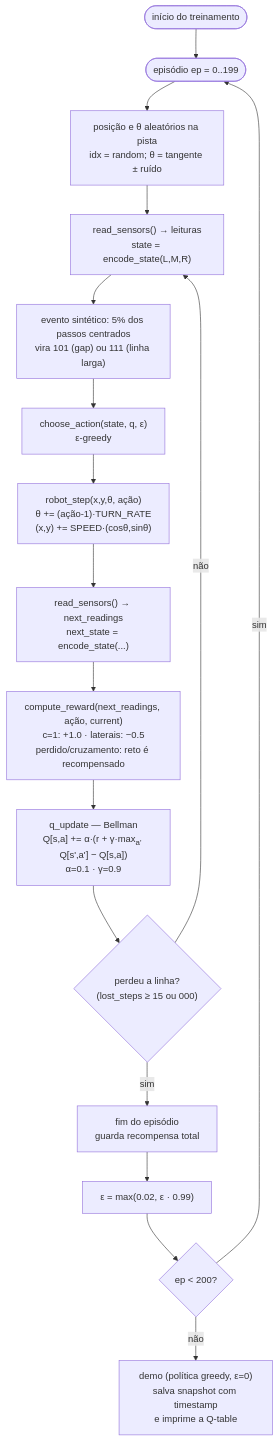
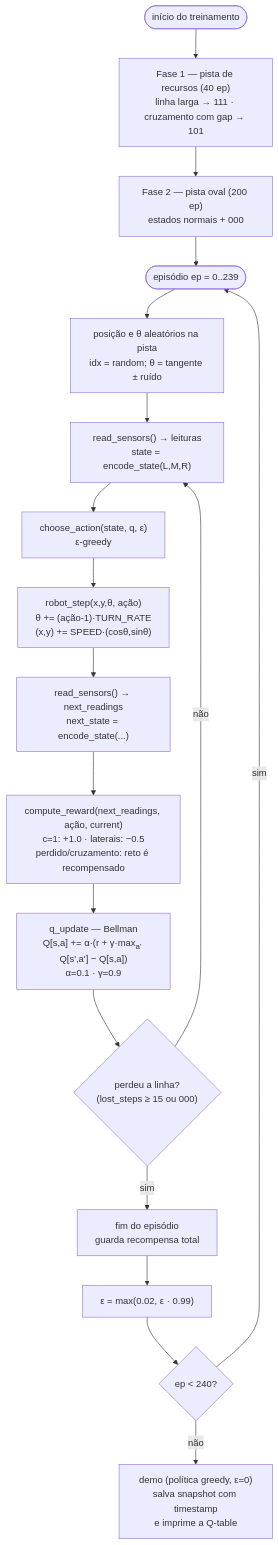
The fourth of 8 diagrams in README.md (PedroZia/enviorment-simulator-python-arduino), drawn with Mermaid before and after one commit. The commit also changed other lines of this file and 28 other files, not shown here.

````diff
--- a/README.md
+++ b/README.md
@@ -92,19 +92,20 @@
 ```mermaid
 flowchart TD
-  S([início do treinamento]) --> EPI(["episódio ep = 0..199"])
+  S([início do treinamento]) --> PH1["Fase 1 — pista de recursos (40 ep)<br/>linha larga → 111 · cruzamento com gap → 101"]
+  PH1 --> PH2["Fase 2 — pista oval (200 ep)<br/>estados normais + 000"]
+  PH2 --> EPI(["episódio ep = 0..239"])
   EPI --> INIT["posição e θ aleatórios na pista<br/>idx = random; θ = tangente ± ruído"]
   INIT --> ST["read_sensors() → leituras<br/>state = encode_state(L,M,R)"]
-  ST --> EV["evento sintético: 5% dos passos centrados<br/>vira 101 (gap) ou 111 (linha larga)"]
-  EV --> CHOOSE["choose_action(state, q, ε)<br/>ε-greedy"]
+  ST --> CHOOSE["choose_action(state, q, ε)<br/>ε-greedy"]
   CHOOSE --> STEP["robot_step(x,y,θ, ação)<br/>θ += (ação-1)·TURN_RATE<br/>(x,y) += SPEED·(cosθ,sinθ)"]
   STEP --> NS["read_sensors() → next_readings<br/>next_state = encode_state(...)"]
   NS --> RW["compute_reward(next_readings, ação, current)<br/>c=1: +1.0 · laterais: −0.5<br/>perdido/cruzamento: reto é recompensado"]
   RW --> QU["q_update — Bellman<br/>Q[s,a] += α·(r + γ·max<sub>a'</sub> Q[s',a'] − Q[s,a])<br/>α=0.1 · γ=0.9"]
   QU --> LOST{"perdeu a linha?<br/>(lost_steps ≥ 15 ou 000)"}
   LOST -->|não| ST
   LOST -->|sim| END["fim do episódio<br/>guarda recompensa total"]
   END --> DECAY["ε = max(0.02, ε · 0.99)"]
-  DECAY --> NX{"ep < 200?"}
+  DECAY --> NX{"ep < 240?"}
   NX -->|sim| EPI
   NX -->|não| DEMO["demo (política greedy, ε=0)<br/>salva snapshot com timestamp<br/>e imprime a Q-table"]
 ```
````
